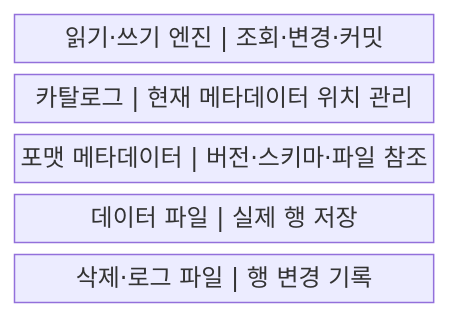
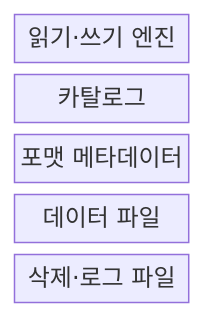
The first of 2 diagrams in src/content/docs/notes/03-software/129_open_table_format.md (agnusdei1207/knowledge-base), drawn with Mermaid before and after one commit. The commit also changed other lines of this file and 238 other files, not shown here.

````diff
--- a/src/content/docs/notes/03-software/129_open_table_format.md
+++ b/src/content/docs/notes/03-software/129_open_table_format.md
@@ -59,9 +59,9 @@
 ```mermaid
-block
+block-beta
     columns 1
-    A["읽기·쓰기 엔진 | 조회·변경·커밋"]
-    B["카탈로그 | 현재 메타데이터 위치 관리"]
-    C["포맷 메타데이터 | 버전·스키마·파일 참조"]
-    D["데이터 파일 | 실제 행 저장"]
-    E["삭제·로그 파일 | 행 변경 기록"]
+    A["읽기·쓰기 엔진"]
+    B["카탈로그"]
+    C["포맷 메타데이터"]
+    D["데이터 파일"]
+    E["삭제·로그 파일"]
 ```
````
